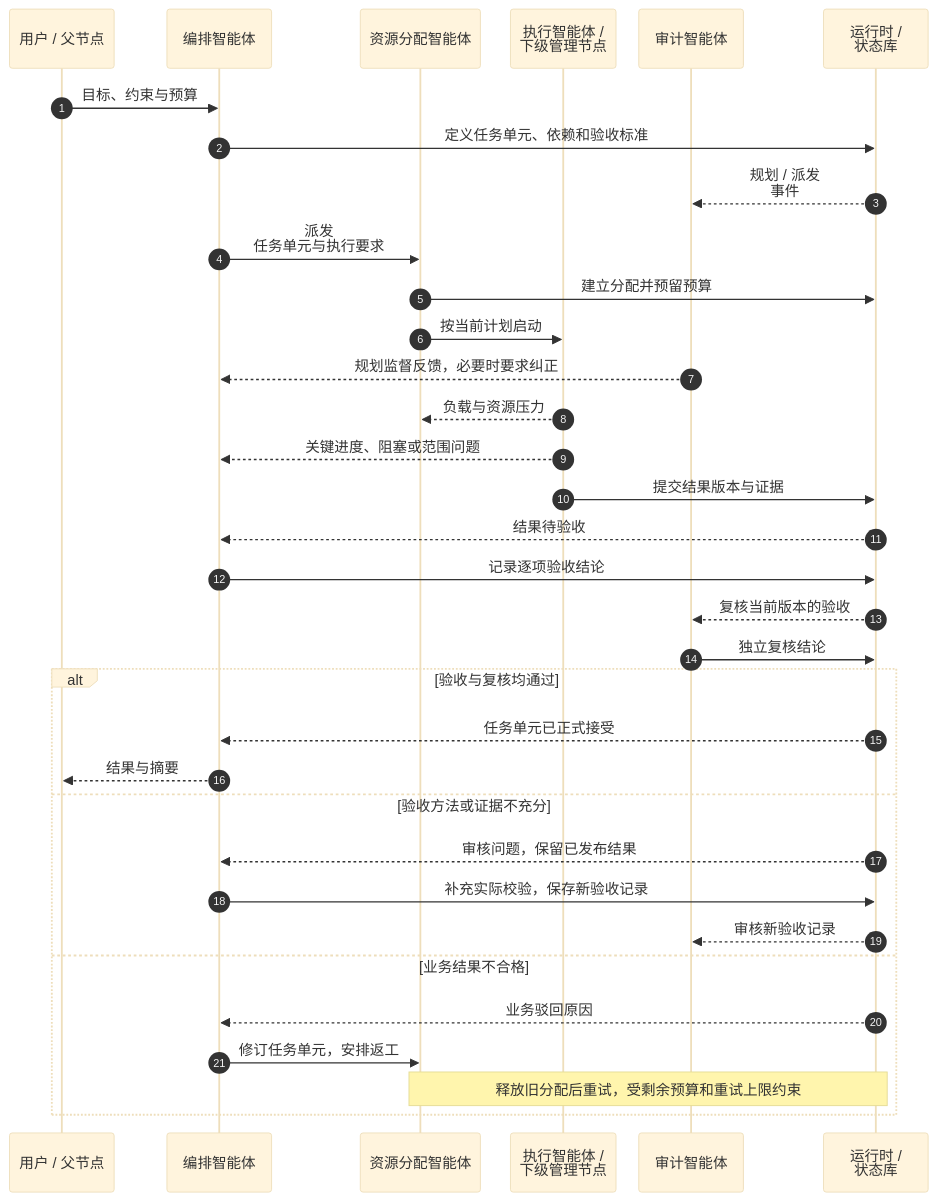
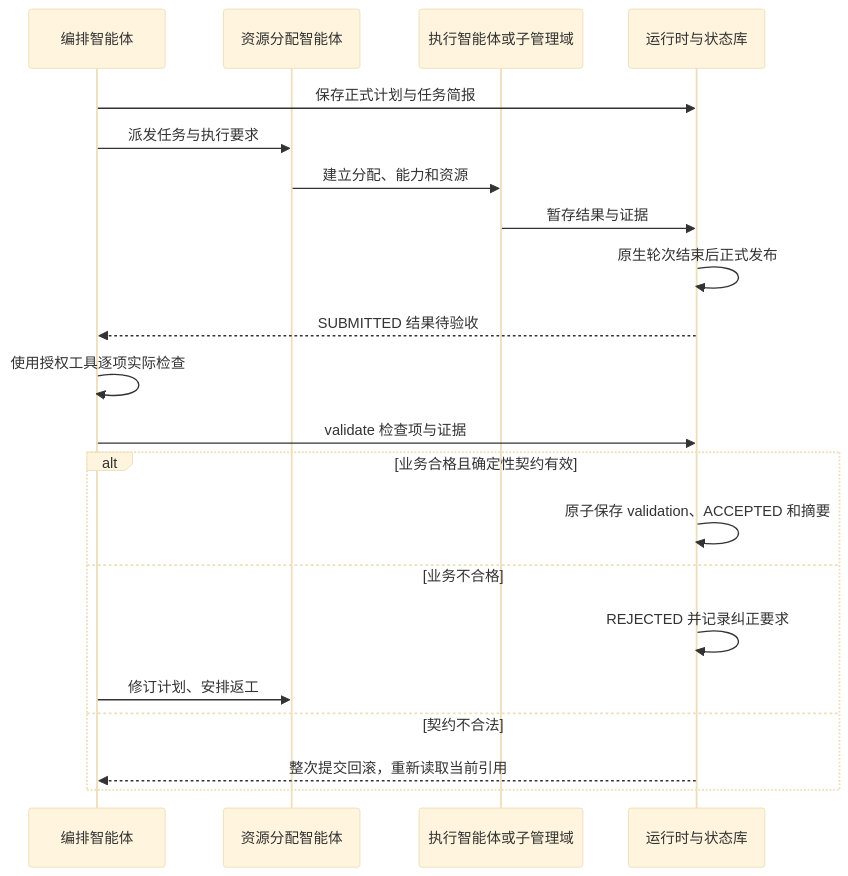
The first of 2 diagrams in docs/design/dispatch.md (Luohaothu/dsh-flow), drawn with Mermaid (base theme) before and after one commit. The commit also changed other lines of this file and 160 other files, not shown here.

````diff
--- a/docs/design/dispatch.md
+++ b/docs/design/dispatch.md
@@ -19,37 +19,23 @@
 ```mermaid
-%%{init: {"sequence": {"actorMargin": 25, "width": 115}}}%%
 sequenceDiagram
-    autonumber
-    participant P as 用户 / 父节点
     participant O as 编排智能体
     participant A as 资源分配智能体
-    participant W as 执行智能体 /<br/>下级管理节点
-    participant U as 审计智能体
-    participant R as 运行时 /<br/>状态库
-    P->>O: 目标、约束与预算
-    O->>R: 定义任务单元、依赖和验收标准
-    R-->>U: 规划 / 派发<br/>事件
-    O->>A: 派发<br/>任务单元与执行要求
-    A->>R: 建立分配并预留预算
-    A->>W: 按当前计划启动
-    U-->>O: 规划监督反馈，必要时要求纠正
-    W-->>A: 负载与资源压力
-    W-->>O: 关键进度、阻塞或范围问题
-    W->>R: 提交结果版本与证据
-    R-->>O: 结果待验收
-    O->>R: 记录逐项验收结论
-    R-->>U: 复核当前版本的验收
-    U->>R: 独立复核结论
-    alt 验收与复核均通过
-        R-->>O: 任务单元已正式接受
-        O-->>P: 结果与摘要
-    else 验收方法或证据不充分
-        R-->>O: 审核问题，保留已发布结果
-        O->>R: 补充实际校验，保存新验收记录
-        R-->>U: 审核新验收记录
-    else 业务结果不合格
-        R-->>O: 业务驳回原因
-        O->>A: 修订任务单元，安排返工
-        Note over A,R: 释放旧分配后重试，受剩余预算和重试上限约束
+    participant W as 执行智能体或子管理域
+    participant R as 运行时与状态库
+    O->>R: 保存正式计划与任务简报
+    O->>A: 派发任务与执行要求
+    A->>W: 建立分配、能力和资源
+    W->>R: 暂存结果与证据
+    R->>R: 原生轮次结束后正式发布
+    R-->>O: SUBMITTED 结果待验收
+    O->>O: 使用授权工具逐项实际检查
+    O->>R: validate 检查项与证据
+    alt 业务合格且确定性契约有效
+        R->>R: 原子保存 validation、ACCEPTED 和摘要
+    else 业务不合格
+        R->>R: REJECTED 并记录纠正要求
+        O->>A: 修订计划、安排返工
+    else 契约不合法
+        R-->>O: 整次提交回滚，重新读取当前引用
     end
 ```
````
